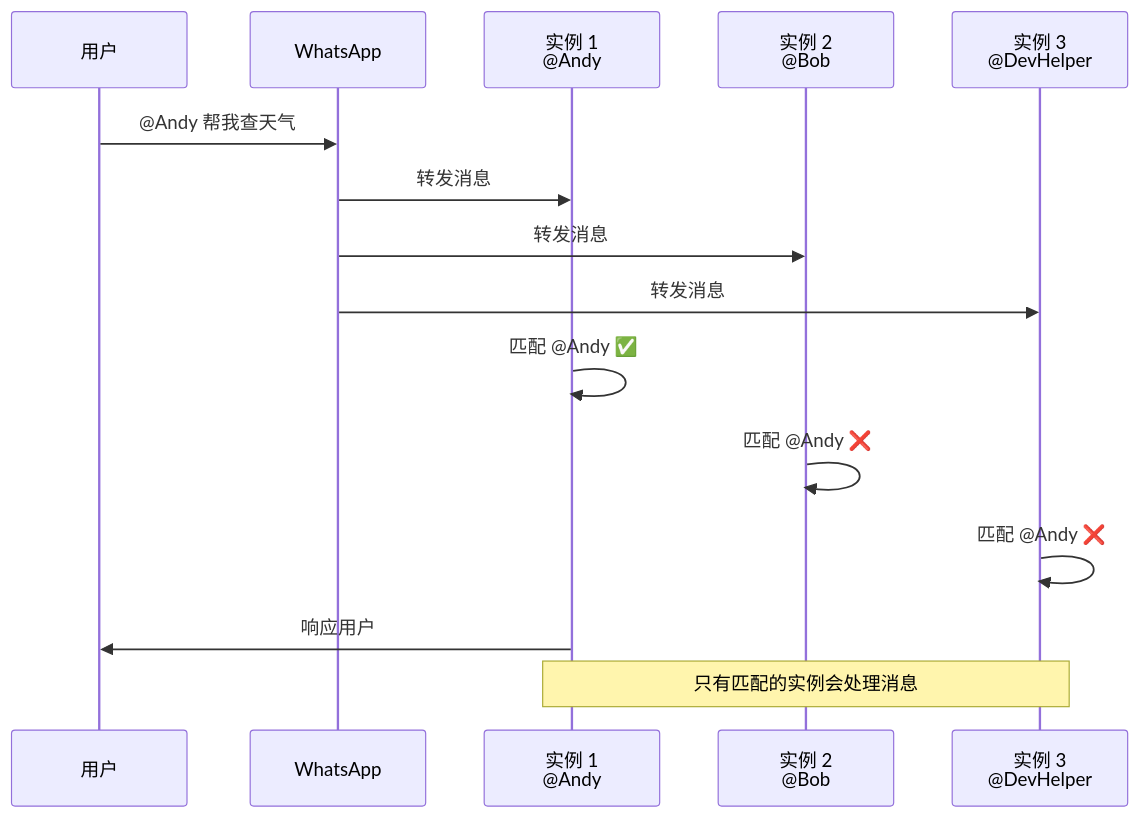
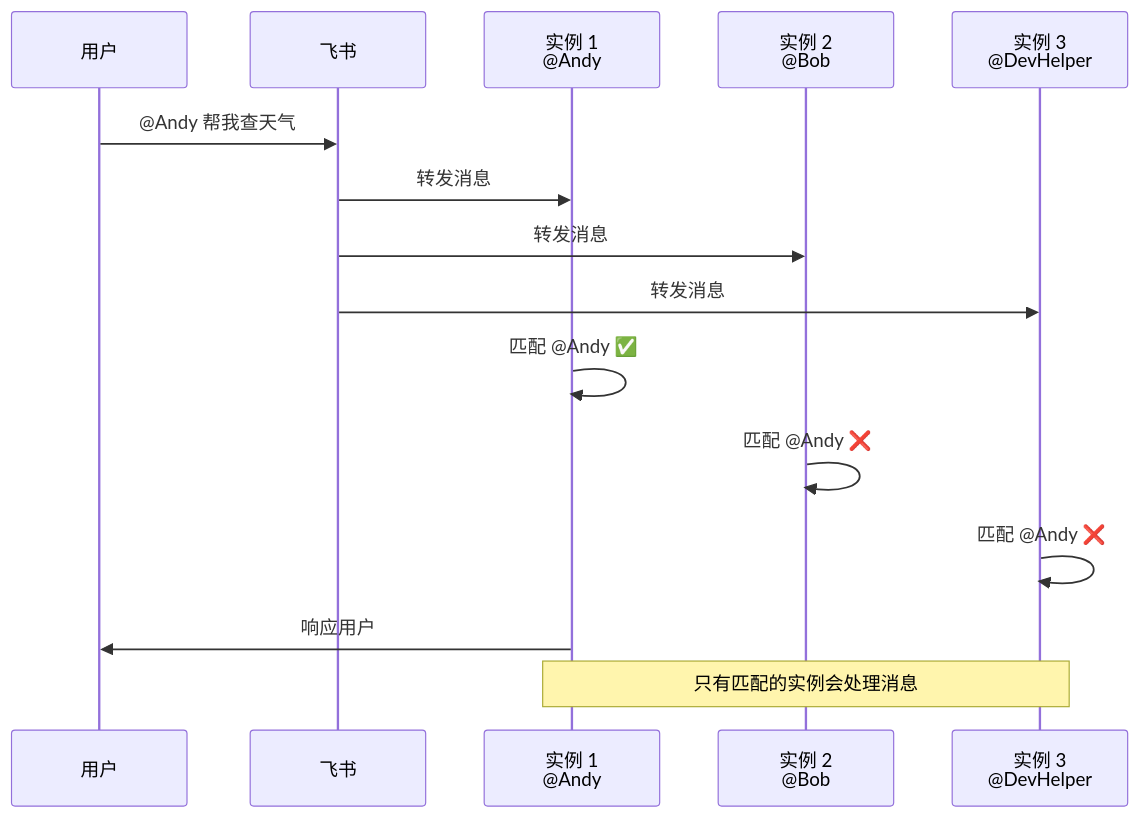
One commit to xi-qian/workdoc changed the third of 4 diagrams in MULTI_AGENT_ISOLATION.md. Above: the diagram before and after it, drawn with Mermaid. The commit also changed other lines of this file and 9 other files, not shown here.

````diff
--- a/MULTI_AGENT_ISOLATION.md
+++ b/MULTI_AGENT_ISOLATION.md
@@ -165,21 +165,21 @@
 ```mermaid
 sequenceDiagram
     participant U as 用户
-    participant WA as WhatsApp
+    participant WA as 飞书
     participant I1 as 实例 1<br/>@Andy
     participant I2 as 实例 2<br/>@Bob
     participant I3 as 实例 3<br/>@DevHelper
 
     U->>WA: @Andy 帮我查天气
     WA->>I1: 转发消息
     WA->>I2: 转发消息
     WA->>I3: 转发消息
 
     I1->>I1: 匹配 @Andy ✅
     I2->>I2: 匹配 @Andy ❌
     I3->>I3: 匹配 @Andy ❌
 
     I1->>U: 响应用户
 
     Note over I1,I3: 只有匹配的实例会处理消息
 ```
````
